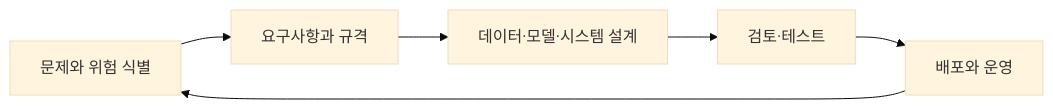
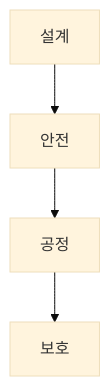
One commit to umyunsang/edu changed the diagram in ComputerScience/03_ai-ml-data/ai-system-design/notes/03. 공학 윤리와 지식재산권.md. Above: the diagram before and after it, drawn with Mermaid (base theme). The commit also changed other lines of this file and 5 other files, not shown here.

````diff
--- a/ComputerScience/03_ai-ml-data/ai-system-design/notes/03. 공학 윤리와 지식재산권.md
+++ b/ComputerScience/03_ai-ml-data/ai-system-design/notes/03. 공학 윤리와 지식재산권.md
@@ -21,8 +26,6 @@
 ```mermaid
-flowchart LR
-    A["문제와 위험 식별"] --> B["요구사항과 규격"]
-    B --> C["데이터·모델·시스템 설계"]
-    C --> D["검토·테스트"]
-    D --> E["배포와 운영"]
-    E --> A
+flowchart TB
+    A[설계] --> B[안전]
+    B --> C[공정]
+    C --> D[보호]
 ```
````
